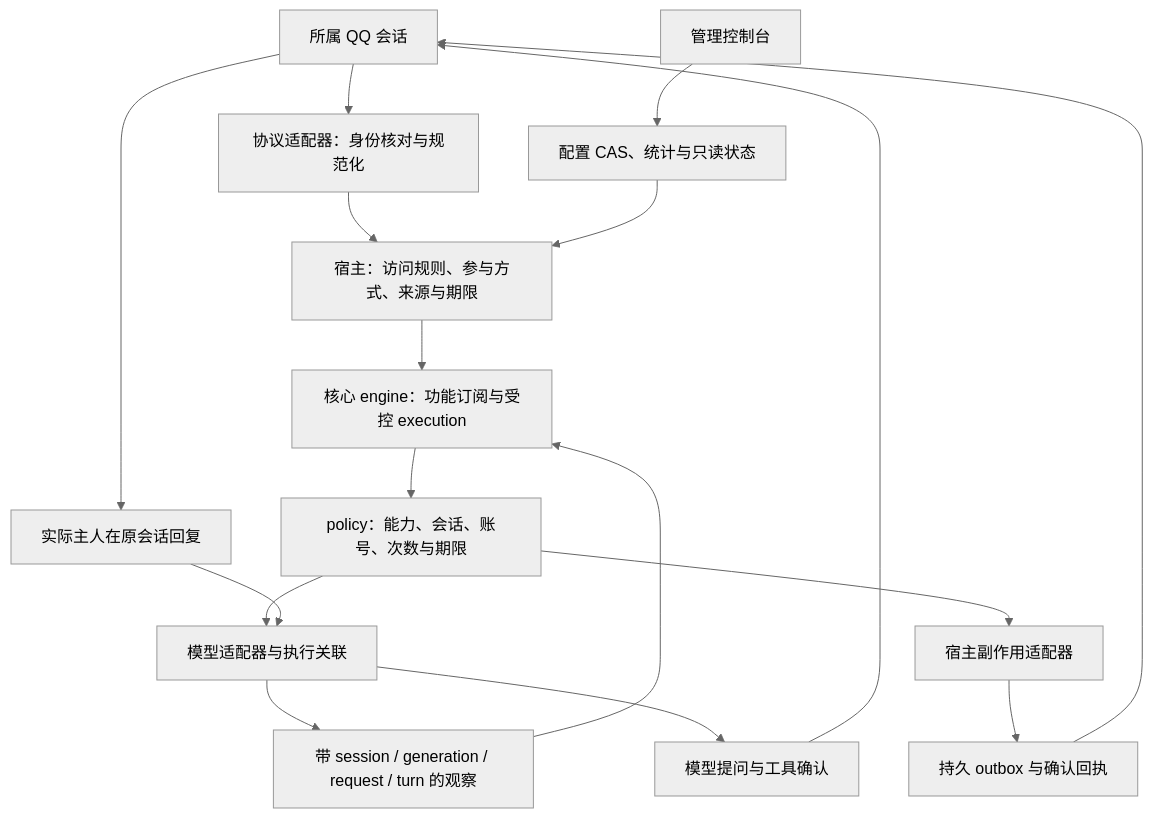
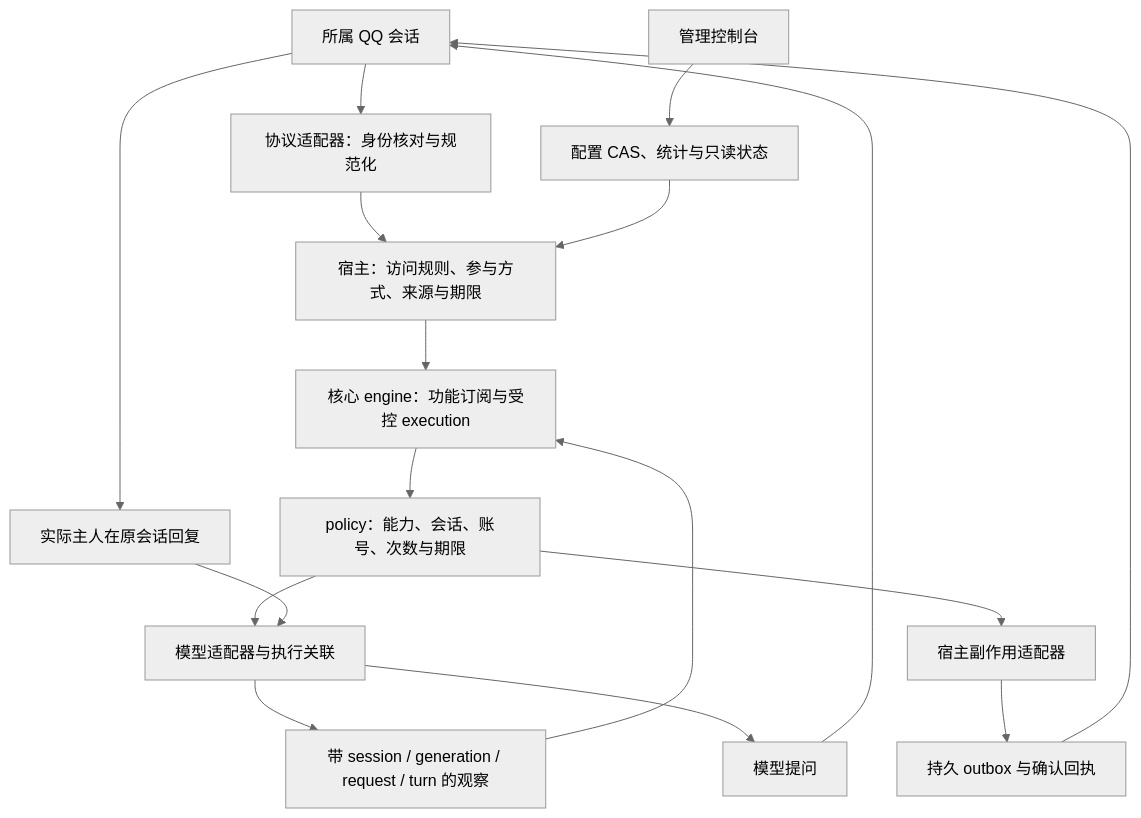
One commit to sophisticate9008/qq-agent-framework changed the diagram in docs/ARCHITECTURE.md. Above: the diagram before and after it, drawn with Mermaid (neutral theme). The commit also changed other lines of this file and 256 other files, not shown here.

````diff
--- a/docs/ARCHITECTURE.md
+++ b/docs/ARCHITECTURE.md
@@ -7,19 +7,19 @@
 ```mermaid
 flowchart TD
   QQ[所属 QQ 会话] --> Protocol[协议适配器：身份核对与规范化]
   Protocol --> Admission[宿主：访问规则、参与方式、来源与期限]
   Admission --> Engine[核心 engine：功能订阅与受控 execution]
   Engine --> Policy[policy：能力、会话、账号、次数与期限]
   Policy --> Agent[模型适配器与执行关联]
   Policy --> Effects[宿主副作用适配器]
   Agent --> Observation[带 session / generation / request / turn 的观察]
   Observation --> Engine
   Effects --> Outbox[持久 outbox 与确认回执]
   Outbox --> QQ
-  Agent --> Questions[模型提问与工具确认]
+  Agent --> Questions[模型提问]
   Questions --> QQ
   QQ --> Answers[实际主人在原会话回复]
   Answers --> Agent
   Console[管理控制台] --> Management[配置 CAS、统计与只读状态]
   Management --> Admission
 ```
````
